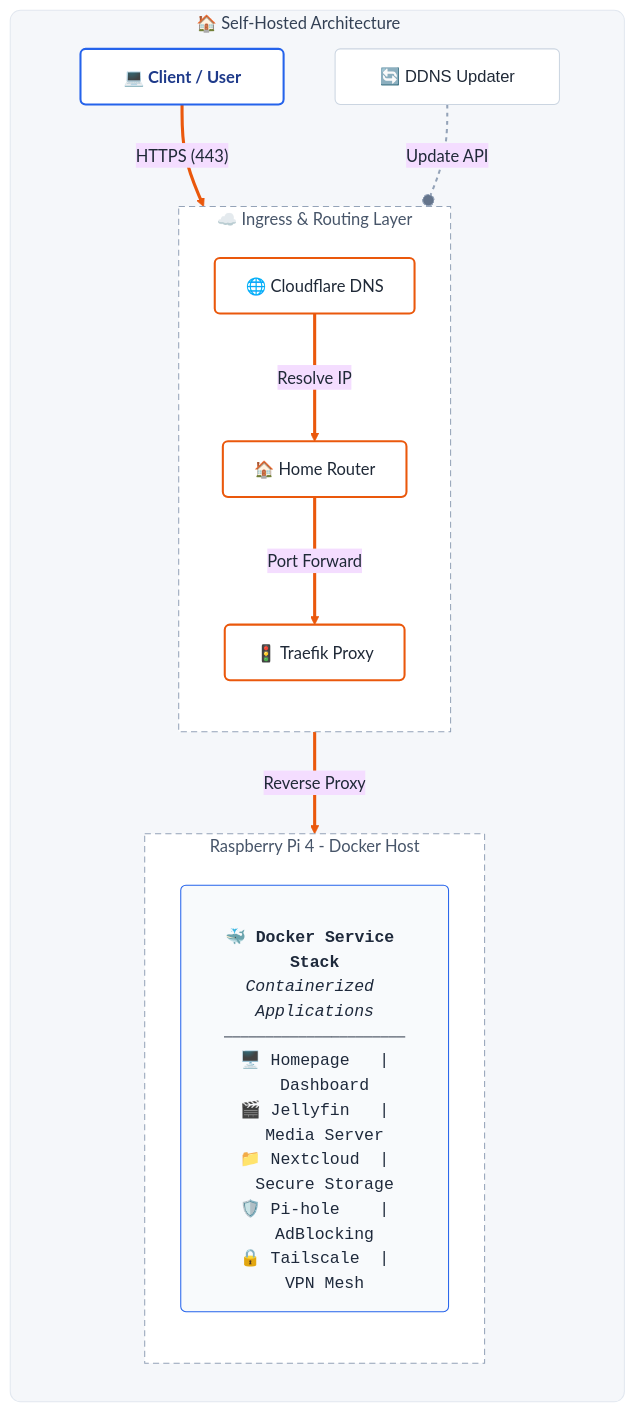
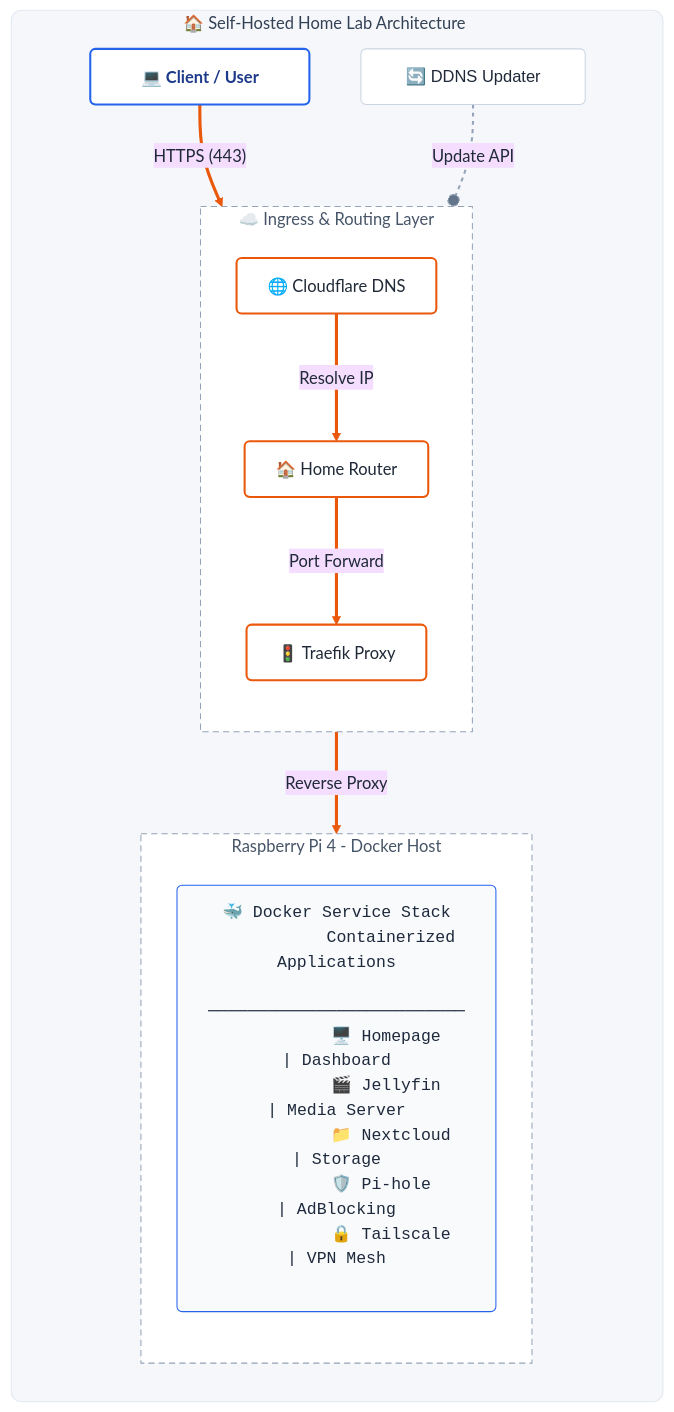
Before and after one commit to charan-altro/self-host-lab: the diagram in README.md, drawn with Mermaid.

````diff
--- a/README.md
+++ b/README.md
@@ -10,76 +10,82 @@
 ```mermaid
 %%{init: {
   'theme': 'base',
   'themeVariables': {
-    'background': '#FFFFFF',
+    'background': '#F5F7FA',
     'primaryTextColor': '#1F2937',
     'lineColor': '#64748B',
     'fontSize': '16px'
   }
 }}%%
 flowchart TB
     %% --- STYLE DEFINITIONS ---
-    %% 1. White Nodes (Clean white boxes with Shadow effect)
+    %% 1. Basic White Nodes (Shadow effect for depth)
     classDef base fill:#FFFFFF,stroke:#CBD5E1,stroke-width:1px,color:#1F2937,rx:5,ry:5,font-family:sans-serif,shadow:true
     
-    %% 2. Blue Accents (Endpoints)
+    %% 2. Blue Accents (Endpoints) - Added padding logic to styles
     classDef client fill:#FFFFFF,stroke:#2563EB,stroke-width:2px,color:#1E3A8A,rx:5,ry:5,font-weight:bold,shadow:true
     
     %% 3. Orange Accents (Routing Nodes)
     classDef transit fill:#FFFFFF,stroke:#EA580C,stroke-width:2px,color:#1F2937,rx:5,ry:5,shadow:true
 
-    %% 4. The Docker List Box (Left Aligned with Monospace font for alignment)
+    %% 4. The Docker List Box (MONOSPACE font for perfect alignment)
     classDef listBox fill:#F8FAFC,stroke:#2563EB,stroke-width:1px,color:#1E293B,rx:5,ry:5,align:left,font-family:monospace
 
     %% --- CONTAINER STYLING ---
-    %% Master Container (Grey Card)
     classDef masterZone fill:#F5F7FA,stroke:#E2E8F0,stroke-width:1px,rx:10,ry:10,color:#334155
-    %% Inner Zones (White Cards)
     classDef innerZone fill:#FFFFFF,stroke:#94A3B8,stroke-width:1px,stroke-dasharray: 6 4,color:#475569
 
     %% --- DIAGRAM CONTENT ---
 
     %% !!! MASTER CONTAINER !!!
-    subgraph HomeLab ["🏠 Self-Hosted Architecture &nbsp;&nbsp;&nbsp;&nbsp;&nbsp;&nbsp;&nbsp;&nbsp;"]
+    %% Added spaces to title to prevent edge clipping
+    subgraph HomeLab ["🏠 Self-Hosted Home Lab Architecture&nbsp;&nbsp;&nbsp;&nbsp;&nbsp;&nbsp;"]
         direction TB
 
-        %% 1. TOP LAYER (Padded text to force width)
-        User["&nbsp;&nbsp;&nbsp;💻 Client / User&nbsp;&nbsp;&nbsp;"]:::client
+        %% 1. TOP LAYER
+        %% Added non-breaking spaces (&nbsp;) to widen the nodes
+        User["&nbsp;&nbsp;&nbsp;&nbsp;&nbsp;💻 Client / User&nbsp;&nbsp;&nbsp;&nbsp;&nbsp;"]:::client
         DDNS["&nbsp;&nbsp;&nbsp;🔄 DDNS Updater&nbsp;&nbsp;&nbsp;"]:::base
 
         %% 2. MIDDLE LAYER: Routing
         subgraph Routing ["☁️ Ingress & Routing Layer"]
             direction TB
             DNS["🌐 Cloudflare DNS"]:::transit
             Router["🏠 Home Router"]:::transit
             Traefik["🚦 Traefik Proxy"]:::transit
         end
 
         %% 3. BOTTOM LAYER: Server
         subgraph Server ["Raspberry Pi 4 - Docker Host"]
             direction TB
             
-            %% Using HTML for cleaner internal formatting
-            DockerList["<br/><b>🐳 Docker Service Stack</b><br/><i>Containerized Applications</i><br/>⎯⎯⎯⎯⎯⎯⎯⎯⎯⎯⎯⎯⎯⎯⎯⎯⎯⎯⎯⎯⎯⎯<br/>🖥️ Homepage&nbsp;&nbsp;&nbsp;|&nbsp;&nbsp;Dashboard<br/>🎬 Jellyfin&nbsp;&nbsp;&nbsp;|&nbsp;&nbsp;Media Server<br/>📁 Nextcloud&nbsp;&nbsp;|&nbsp;&nbsp;Secure Storage<br/>🛡️ Pi-hole&nbsp;&nbsp;&nbsp;&nbsp;|&nbsp;&nbsp;AdBlocking<br/>🔒 Tailscale&nbsp;&nbsp;|&nbsp;&nbsp;VPN Mesh<br/>"]:::listBox
+            %% MONOSPACE FORMATTING
+            %% Using unicode line char (─) for the separator
+            DockerList["🐳 Docker Service Stack
+            Containerized Applications
+            ──────────────────────────
+            🖥️ Homepage  | Dashboard
+            🎬 Jellyfin  | Media Server
+            📁 Nextcloud | Storage
+            🛡️ Pi-hole   | AdBlocking
+            🔒 Tailscale | VPN Mesh
+            &nbsp;"]:::listBox
         end
     end
 
     %% --- CONNECTIONS ---
-    
-    %% Active Path (Orange & Thick)
     User ==>|"HTTPS (443)"| DNS
     DNS ==>|"Resolve IP"| Router
     Router ==>|"Port Forward"| Traefik
     Traefik ==>|"Reverse Proxy"| DockerList
 
-    %% Maintenance Path (Grey & Dashed)
     DDNS -.-o|"Update API"| DNS
 
     %% --- APPLY STYLES ---
     class HomeLab masterZone
     class Routing,Server innerZone
 
     %% Link Styling
     linkStyle 0,1,2,3 stroke:#EA580C,stroke-width:3px,fill:none
     linkStyle 4 stroke:#94A3B8,stroke-width:2px,stroke-dasharray: 4 4
 ```
````
